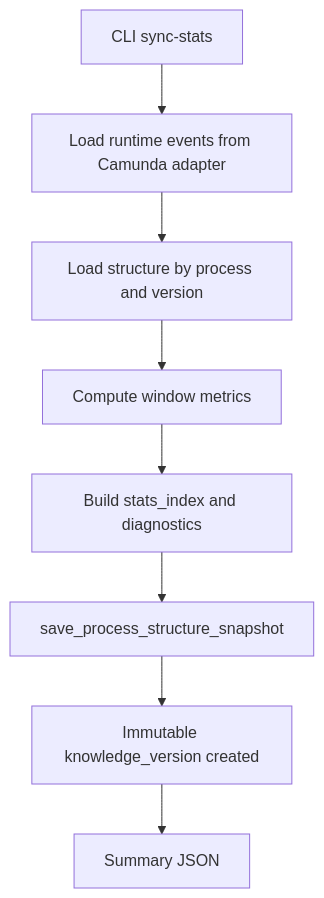
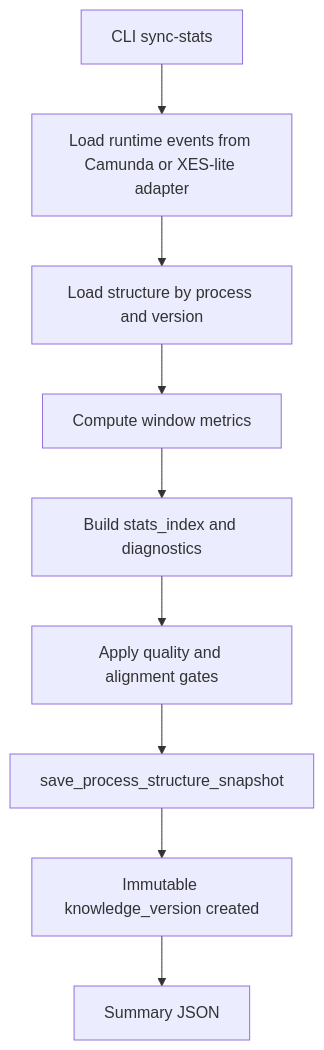
One commit to ghsrg/bpm_prediction changed the third of 6 diagrams in docs/DATA_FLOWS_MVP2_5.MD. Above: the diagram before and after it, drawn with Mermaid. The commit also changed other lines of this file and 30 other files, not shown here.

````diff
--- a/docs/DATA_FLOWS_MVP2_5.MD
+++ b/docs/DATA_FLOWS_MVP2_5.MD
@@ -34,10 +34,11 @@
 ```mermaid
 flowchart TD
-    C1[CLI sync-stats] --> C2[Load runtime events from Camunda adapter]
+    C1[CLI sync-stats] --> C2[Load runtime events from Camunda or XES-lite adapter]
     C2 --> C3[Load structure by process and version]
     C3 --> C4[Compute window metrics]
     C4 --> C5[Build stats_index and diagnostics]
-    C5 --> C6[save_process_structure_snapshot]
-    C6 --> C7[Immutable knowledge_version created]
-    C7 --> C8[Summary JSON]
+    C5 --> C6[Apply quality and alignment gates]
+    C6 --> C7[save_process_structure_snapshot]
+    C7 --> C8[Immutable knowledge_version created]
+    C8 --> C9[Summary JSON]
 ```
````
